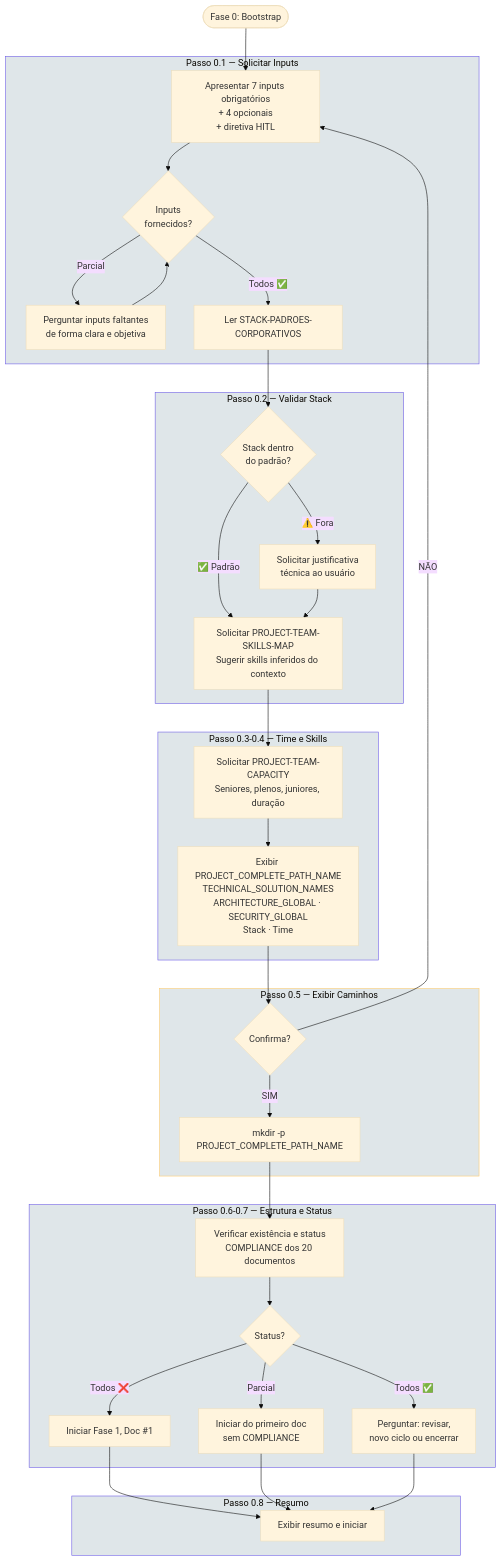
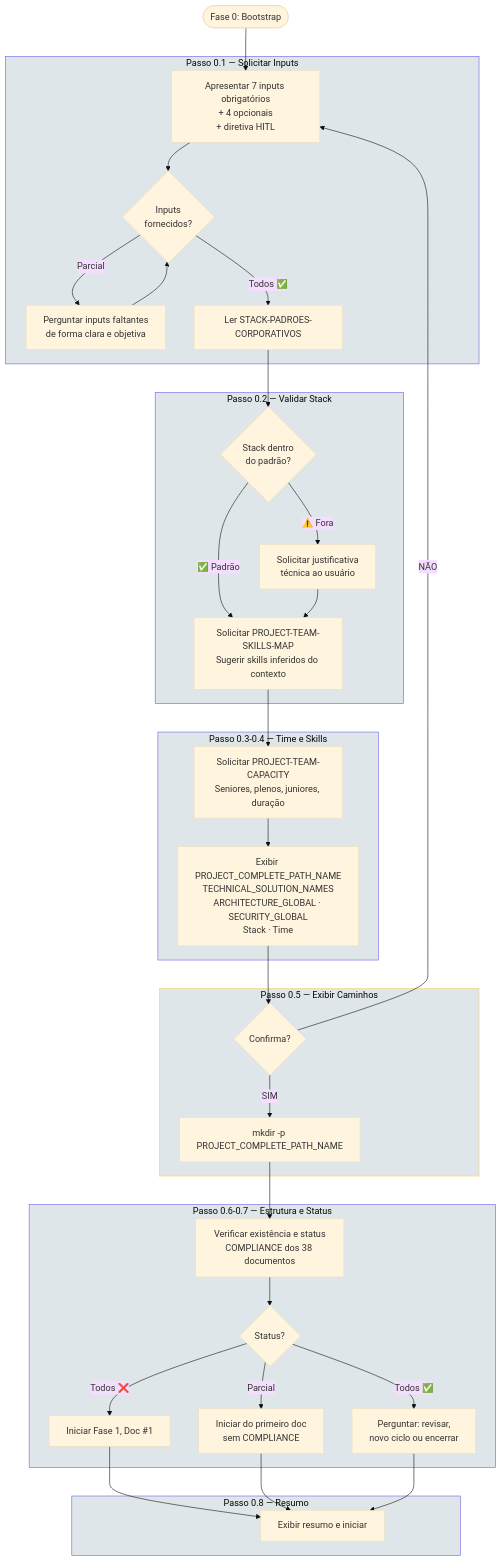
One commit to bolismar69/workspace-fbso changed the second of 11 diagrams in .specs/prompts/project-documents-waterfall/FLOWCHART-PROMPT-ROADMAP-GENERATE-PROJECT-DOCUMENTS-WATERFALL.md. Above: the diagram before and after it, drawn with Mermaid (base theme). The commit also changed other lines of this file, not shown here.

First line of the commit message:
docs: flowchart do roadmap WATERFALL v3.0 — 6 fases, 38 documentos

````diff
--- a/.specs/prompts/project-documents-waterfall/FLOWCHART-PROMPT-ROADMAP-GENERATE-PROJECT-DOCUMENTS-WATERFALL.md
+++ b/.specs/prompts/project-documents-waterfall/FLOWCHART-PROMPT-ROADMAP-GENERATE-PROJECT-DOCUMENTS-WATERFALL.md
@@ -119,50 +162,50 @@
 ```mermaid
 flowchart TD
     F0_START(["Fase 0: Bootstrap"]) --> F0_1
 
     subgraph PASSO_01["Passo 0.1 — Solicitar Inputs"]
         F0_1["Apresentar 7 inputs obrigatórios<br/>+ 4 opcionais<br/>+ diretiva HITL"] --> F0_1_DEC{Inputs<br/>fornecidos?}
         F0_1_DEC -->|Parcial| F0_1_ASK["Perguntar inputs faltantes<br/>de forma clara e objetiva"]
         F0_1_ASK --> F0_1_DEC
         F0_1_DEC -->|Todos ✅| F0_2
     end
 
     subgraph PASSO_02["Passo 0.2 — Validar Stack"]
         F0_2["Ler STACK-PADROES-CORPORATIVOS"] --> F0_2_VAL{Stack dentro<br/>do padrão?}
         F0_2_VAL -->|✅ Padrão| F0_3
         F0_2_VAL -->|⚠️ Fora| F0_2_JUST["Solicitar justificativa<br/>técnica ao usuário"]
         F0_2_JUST --> F0_3
     end
 
     subgraph PASSO_03["Passo 0.3-0.4 — Time e Skills"]
         F0_3["Solicitar PROJECT-TEAM-SKILLS-MAP<br/>Sugerir skills inferidos do contexto"] --> F0_4["Solicitar PROJECT-TEAM-CAPACITY<br/>Seniores, plenos, juniores, duração"]
         F0_4 --> F0_5
     end
 
     subgraph PASSO_04["Passo 0.5 — Exibir Caminhos"]
         F0_5["Exibir PROJECT_COMPLETE_PATH_NAME<br/>TECHNICAL_SOLUTION_NAMES<br/>ARCHITECTURE_GLOBAL · SECURITY_GLOBAL<br/>Stack · Time"] --> F0_5_CONF{Confirma?}
         F0_5_CONF -->|NÃO| F0_1
         F0_5_CONF -->|SIM| F0_6
     end
 
     subgraph PASSO_05["Passo 0.6-0.7 — Estrutura e Status"]
-        F0_6["mkdir -p PROJECT_COMPLETE_PATH_NAME"] --> F0_7["Verificar existência e status<br/>COMPLIANCE dos 20 documentos"]
+        F0_6["mkdir -p PROJECT_COMPLETE_PATH_NAME"] --> F0_7["Verificar existência e status<br/>COMPLIANCE dos 38 documentos"]
         F0_7 --> F0_7_DEC{Status?}
         F0_7_DEC -->|"Todos ❌"| F0_8A["Iniciar Fase 1, Doc #1"]
         F0_7_DEC -->|"Parcial"| F0_8B["Iniciar do primeiro doc<br/>sem COMPLIANCE"]
         F0_7_DEC -->|"Todos ✅"| F0_8C["Perguntar: revisar,<br/>novo ciclo ou encerrar"]
     end
 
     subgraph PASSO_06["Passo 0.8 — Resumo"]
         F0_8A --> F0_8["Exibir resumo e iniciar"]
         F0_8B --> F0_8
         F0_8C --> F0_8
     end
 
     style PASSO_01 fill:#dfe6e9,stroke:#6c5ce7
     style PASSO_02 fill:#dfe6e9,stroke:#6c5ce7
     style PASSO_03 fill:#dfe6e9,stroke:#6c5ce7
     style PASSO_04 fill:#dfe6e9,stroke:#fdcb6e
     style PASSO_05 fill:#dfe6e9,stroke:#6c5ce7
     style PASSO_06 fill:#dfe6e9,stroke:#6c5ce7
 ```
````
